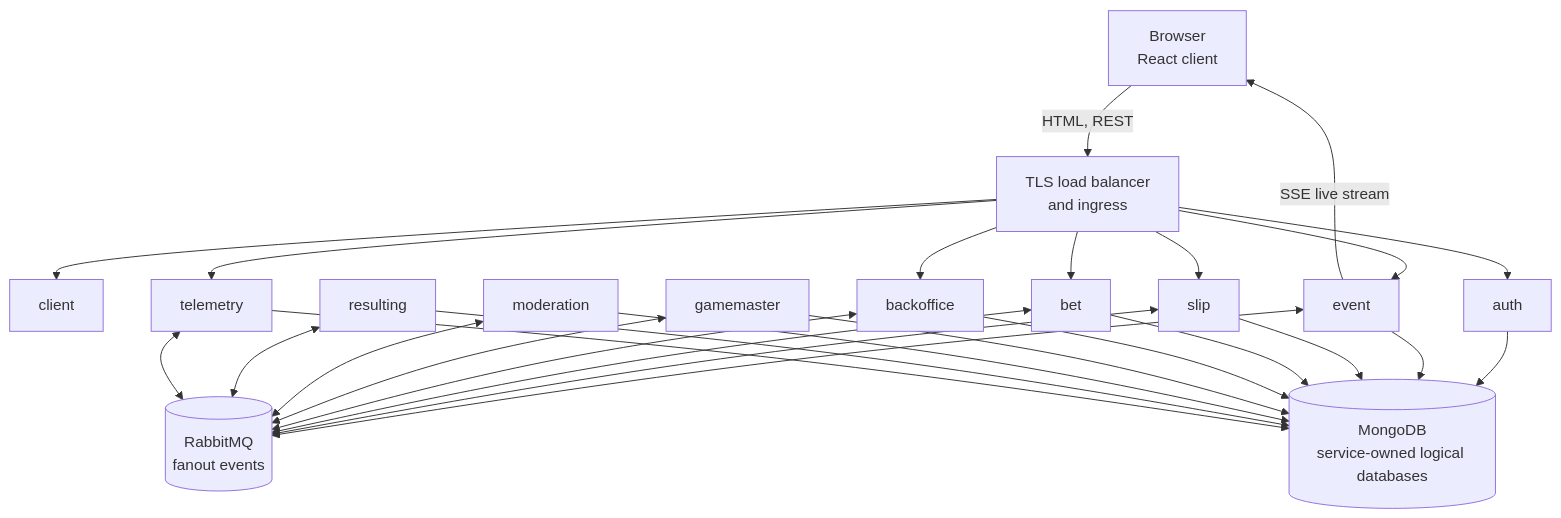
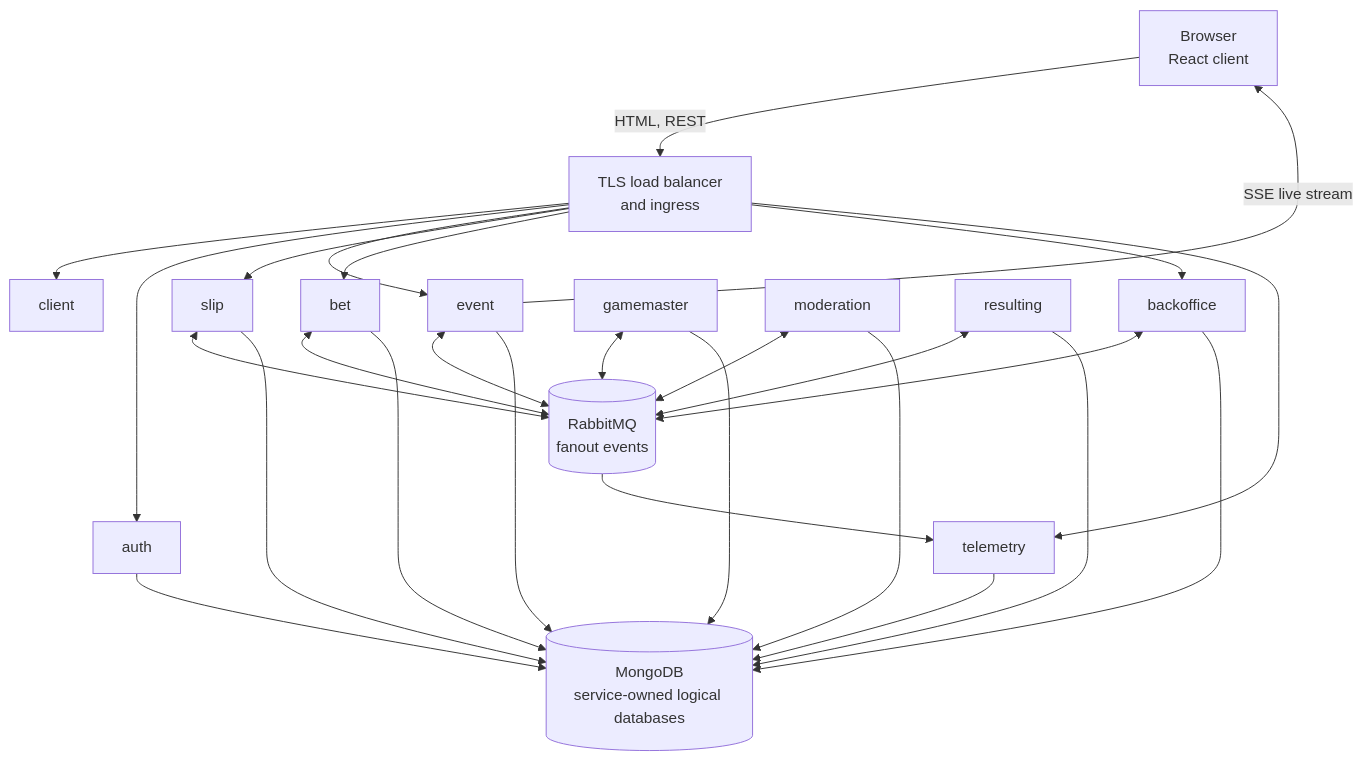
Before and after one commit to vasilyevstan/betstan: the first of 2 diagrams in docs/wiki/Architecture.md, drawn with Mermaid. The commit also changed other lines of this file and 28 other files, not shown here.

````diff
--- a/docs/wiki/Architecture.md
+++ b/docs/wiki/Architecture.md
@@ -23,37 +23,37 @@
 ```mermaid
 flowchart TB
     Browser["Browser<br/>React client"]
     Edge["TLS load balancer<br/>and ingress"]
 
     Browser -->|HTML, REST| Edge
     Edge --> Client["client"]
     Edge --> Auth["auth"]
     Edge --> Event["event"]
     Edge --> Slip["slip"]
     Edge --> Bet["bet"]
     Edge --> Backoffice["backoffice"]
     Edge --> Telemetry["telemetry"]
     Event -->|SSE live stream| Browser
 
     Broker[("RabbitMQ<br/>fanout events")]
     Mongo[("MongoDB<br/>service-owned logical databases")]
 
     Event <--> Broker
     Slip <--> Broker
     Bet <--> Broker
     Backoffice <--> Broker
     Gamemaster["gamemaster"] <--> Broker
     Moderation["moderation"] <--> Broker
     Resulting["resulting"] <--> Broker
-    Telemetry <--> Broker
+    Broker --> Telemetry
 
     Auth --> Mongo
     Event --> Mongo
     Slip --> Mongo
     Bet --> Mongo
     Backoffice --> Mongo
     Gamemaster --> Mongo
     Moderation --> Mongo
     Resulting --> Mongo
     Telemetry --> Mongo
 ```
````
